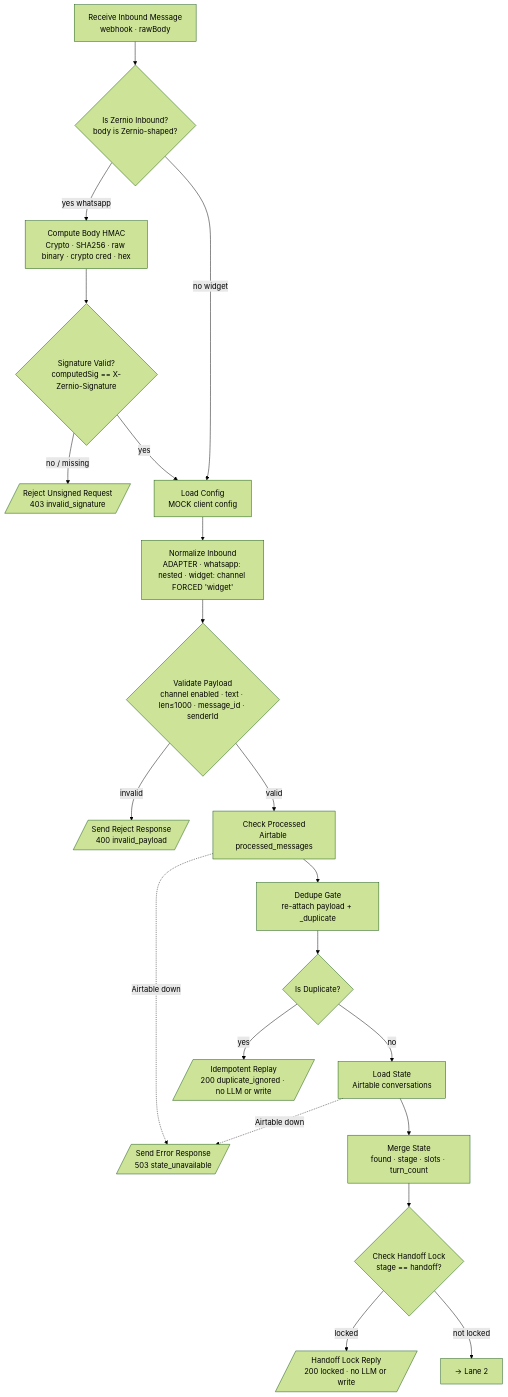
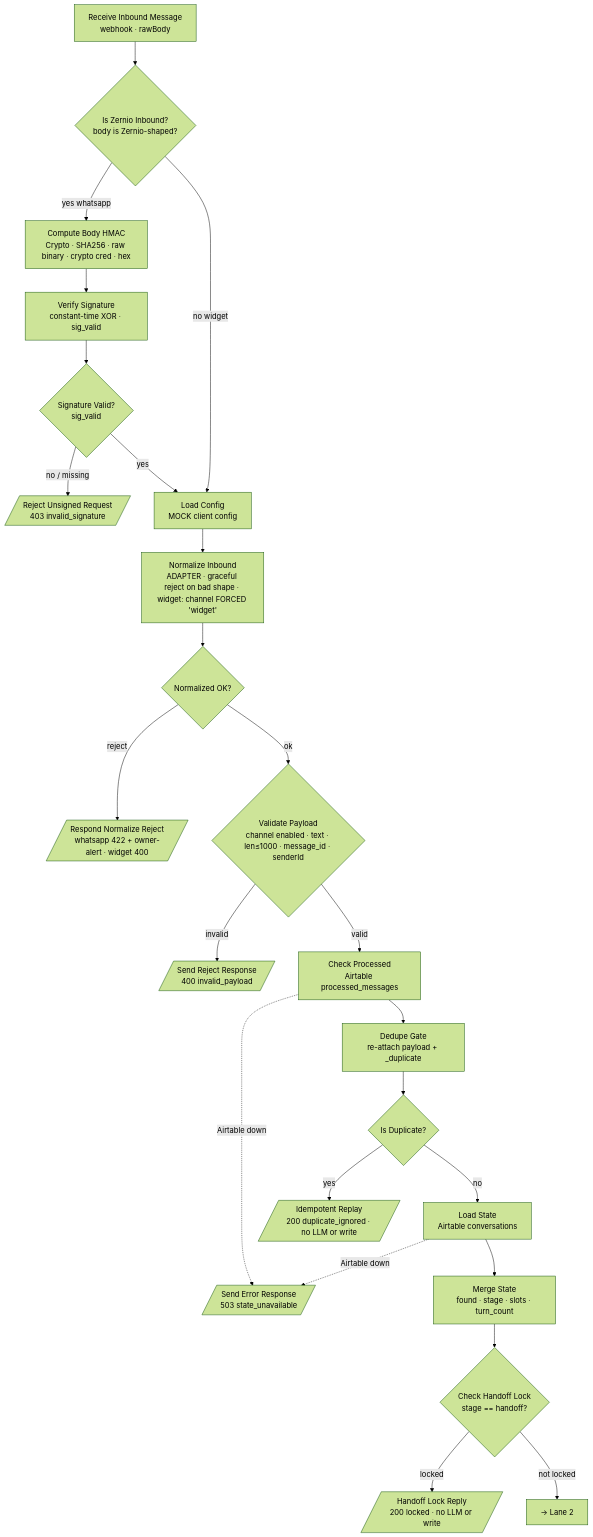
One commit to Neeidy/salon-booking-bot changed the second of 10 diagrams in docs/FLOW-DIAGRAM.md. Above: the diagram before and after it, drawn with Mermaid (forest theme). The commit also changed other lines of this file and 4 other files, not shown here.

First line of the commit message:
feat(n8n): CP5d İş-A+İş-B — constant-time HMAC compare + Normalize graceful reject

````diff
--- a/docs/FLOW-DIAGRAM.md
+++ b/docs/FLOW-DIAGRAM.md
@@ -39,23 +39,26 @@
 ```mermaid
 flowchart TD
   WH[Receive Inbound Message<br/>webhook · rawBody] --> IZ{Is Zernio Inbound?<br/>body is Zernio-shaped?}
   IZ -->|yes whatsapp| HM[Compute Body HMAC<br/>Crypto · SHA256 · raw binary · crypto cred · hex]
-  HM --> SV{Signature Valid?<br/>computedSig == X-Zernio-Signature}
+  HM --> VS[Verify Signature<br/>constant-time XOR · sig_valid]
+  VS --> SV{Signature Valid?<br/>sig_valid}
   SV -->|no / missing| RU[/Reject Unsigned Request<br/>403 invalid_signature/]
   SV -->|yes| LC[Load Config<br/>MOCK client config]
   IZ -->|no widget| LC
-  LC --> NORM[Normalize Inbound<br/>ADAPTER · whatsapp: nested · widget: channel FORCED 'widget']
-  NORM --> VP{Validate Payload<br/>channel enabled · text · len≤1000 · message_id · senderId}
+  LC --> NORM[Normalize Inbound<br/>ADAPTER · graceful reject on bad shape · widget: channel FORCED 'widget']
+  NORM --> NOK{Normalized OK?}
+  NOK -->|reject| NR[/Respond Normalize Reject<br/>whatsapp 422 + owner-alert · widget 400/]
+  NOK -->|ok| VP{Validate Payload<br/>channel enabled · text · len≤1000 · message_id · senderId}
   VP -->|invalid| REJ[/Send Reject Response<br/>400 invalid_payload/]
   VP -->|valid| CP[Check Processed<br/>Airtable processed_messages]
   CP -.->|Airtable down| ERR[/Send Error Response<br/>503 state_unavailable/]
   CP --> DG[Dedupe Gate<br/>re-attach payload + _duplicate]
   DG --> ISD{Is Duplicate?}
   ISD -->|yes| REPLAY[/Idempotent Replay<br/>200 duplicate_ignored · no LLM or write/]
   ISD -->|no| LS[Load State<br/>Airtable conversations]
   LS -.->|Airtable down| ERR
   LS --> MS[Merge State<br/>found · stage · slots · turn_count]
   MS --> CHL{Check Handoff Lock<br/>stage == handoff?}
   CHL -->|locked| LOCK[/Handoff Lock Reply<br/>200 locked · no LLM or write/]
   CHL -->|not locked| G[→ Lane 2]
 ```
````
